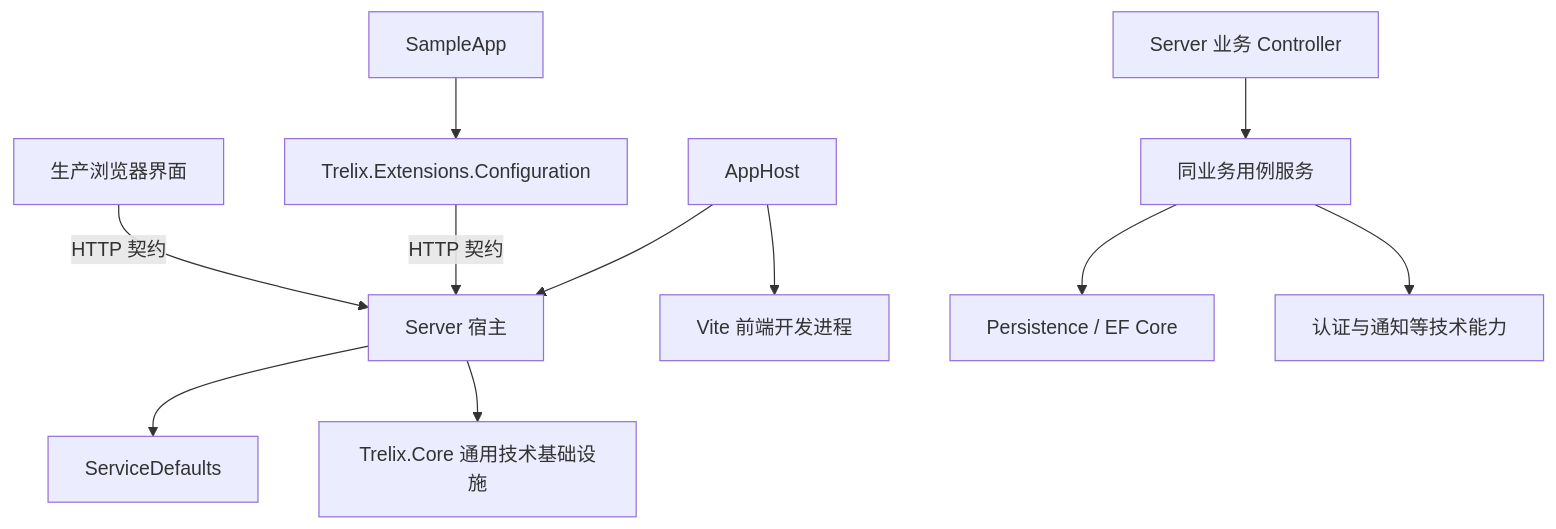
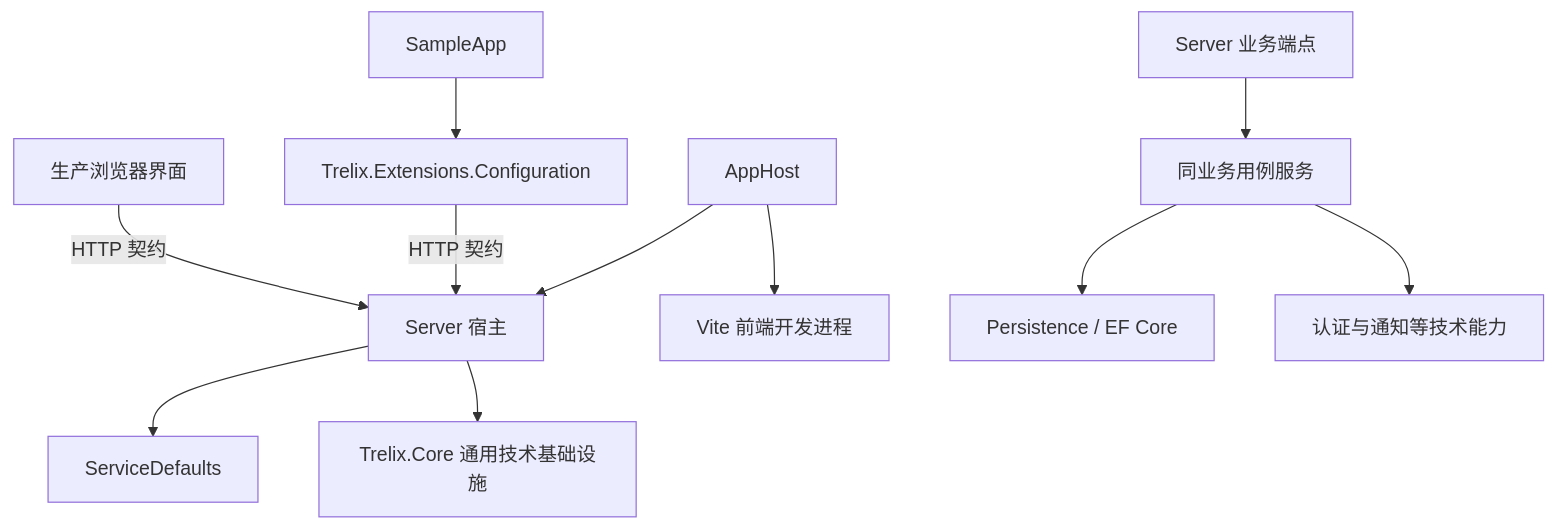
The first of 4 diagrams in docs/architecture.md (Patrick-Rex/Trelix), drawn with Mermaid before and after one commit. The commit also changed other lines of this file and 51 other files, not shown here.

````diff
--- a/docs/architecture.md
+++ b/docs/architecture.md
@@ -84,13 +84,13 @@
 ```mermaid
 flowchart TB
     AppHost[AppHost] --> Server[Server 宿主]
     AppHost --> Frontend[Vite 前端开发进程]
     Server --> Defaults[ServiceDefaults]
     Server --> Core[Trelix.Core 通用技术基础设施]
-    Controllers[Server 业务 Controller] --> UseCases[同业务用例服务]
+    Endpoints[Server 业务端点] --> UseCases[同业务用例服务]
     UseCases --> Persistence[Persistence / EF Core]
     UseCases --> Infrastructure[认证与通知等技术能力]
     Sample[SampleApp] --> SDK[Trelix.Extensions.Configuration]
     SDK -->|HTTP 契约| Server
     Browser[生产浏览器界面] -->|HTTP 契约| Server
 ```
````
